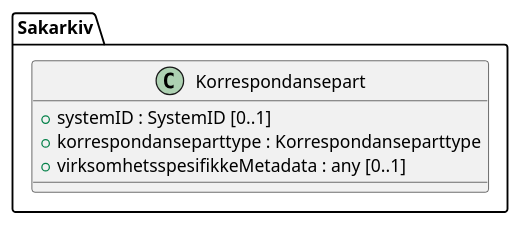
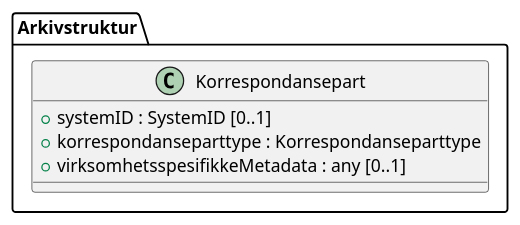
The diagram in kapitler/media/uml-class-korrespondansepart.iuml (arkivverket/noark5-tjenestegrensesnitt-standard), drawn with PlantUML before and after one commit. The commit also changed 17 other files, not shown here.

```diff
--- a/kapitler/media/uml-class-korrespondansepart.iuml
+++ b/kapitler/media/uml-class-korrespondansepart.iuml
@@ -1,7 +1,7 @@
 @startuml
-class Sakarkiv.Korrespondansepart {
+class Arkivstruktur.Korrespondansepart {
   +systemID : SystemID [0..1]
   +korrespondanseparttype : Korrespondanseparttype
   +virksomhetsspesifikkeMetadata : any [0..1]
 }
 @enduml
```
